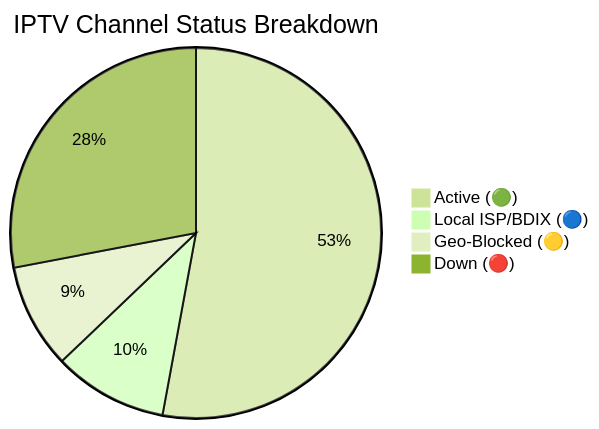
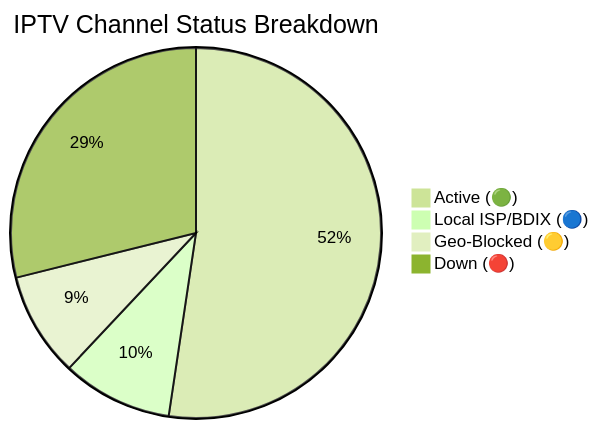
One commit to f6388600-ai/Web changed the diagram in README.md. Above: the diagram before and after it, drawn with Mermaid (forest theme). The commit also changed other lines of this file and 6 other files, not shown here.

````diff
--- a/README.md
+++ b/README.md
@@ -149,7 +149,7 @@
 ```mermaid
 pie title IPTV Channel Status Breakdown
-    "Active (🟢)" : 9122
-    "Local ISP/BDIX (🔵)" : 1718
-    "Geo-Blocked (🟡)" : 1576
-    "Down (🔴)" : 4829
+    "Active (🟢)" : 9013
+    "Local ISP/BDIX (🔵)" : 1660
+    "Geo-Blocked (🟡)" : 1570
+    "Down (🔴)" : 4971
 ```
````
